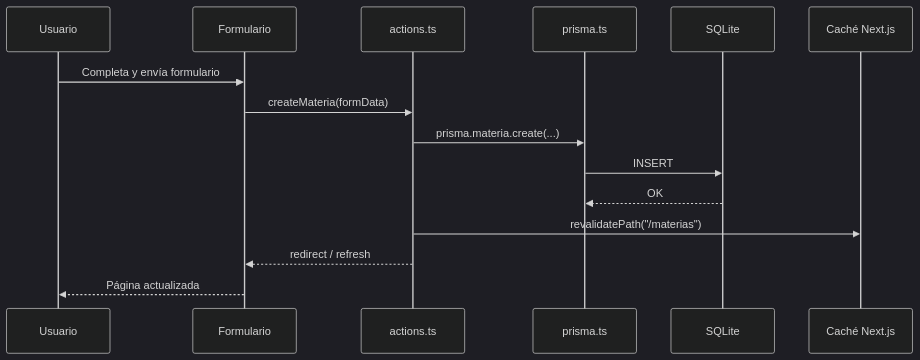
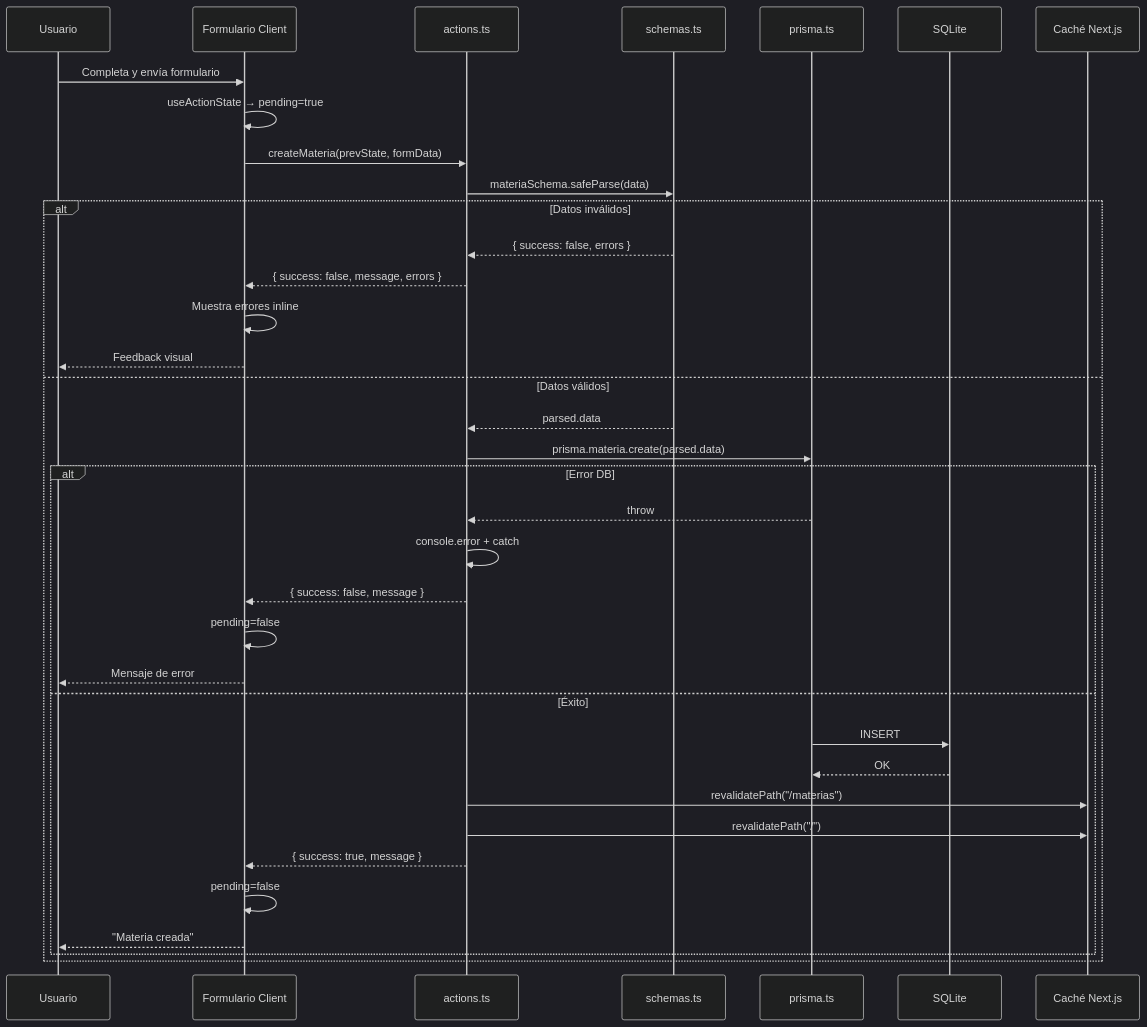
Before and after one commit to lautioliver/UcaNode: the fifth of 6 diagrams in README.md, drawn with Mermaid (dark theme). The commit also changed other lines of this file and 30 other files, not shown here.

Commit message:
Add error/loading/not-found pages, forms, schemas, theme toggle, rate limit, robots/sitemap, and vitest config

````diff
--- a/README.md
+++ b/README.md
@@ -254,18 +286,39 @@
 ```mermaid
 sequenceDiagram
     participant U as Usuario
-    participant F as Formulario
+    participant F as Formulario Client
     participant A as actions.ts
+    participant S as schemas.ts
     participant Pr as prisma.ts
     participant DB as SQLite
     participant C as Caché Next.js
 
     U->>F: Completa y envía formulario
-    F->>A: createMateria(formData)
-    A->>Pr: prisma.materia.create(...)
-    Pr->>DB: INSERT
-    DB-->>Pr: OK
-    A->>C: revalidatePath("/materias")
-    A-->>F: redirect / refresh
-    F-->>U: Página actualizada
+    F->>F: useActionState → pending=true
+    F->>A: createMateria(prevState, formData)
+    A->>S: materiaSchema.safeParse(data)
+    alt Datos inválidos
+        S-->>A: { success: false, errors }
+        A-->>F: { success: false, message, errors }
+        F->>F: Muestra errores inline
+        F-->>U: Feedback visual
+    else Datos válidos
+        S-->>A: parsed.data
+        A->>Pr: prisma.materia.create(parsed.data)
+        alt Error DB
+            Pr-->>A: throw
+            A->>A: console.error + catch
+            A-->>F: { success: false, message }
+            F->>F: pending=false
+            F-->>U: Mensaje de error
+        else Éxito
+            Pr->>DB: INSERT
+            DB-->>Pr: OK
+            A->>C: revalidatePath("/materias")
+            A->>C: revalidatePath("/")
+            A-->>F: { success: true, message }
+            F->>F: pending=false
+            F-->>U: "Materia creada"
+        end
+    end
 ```
````
